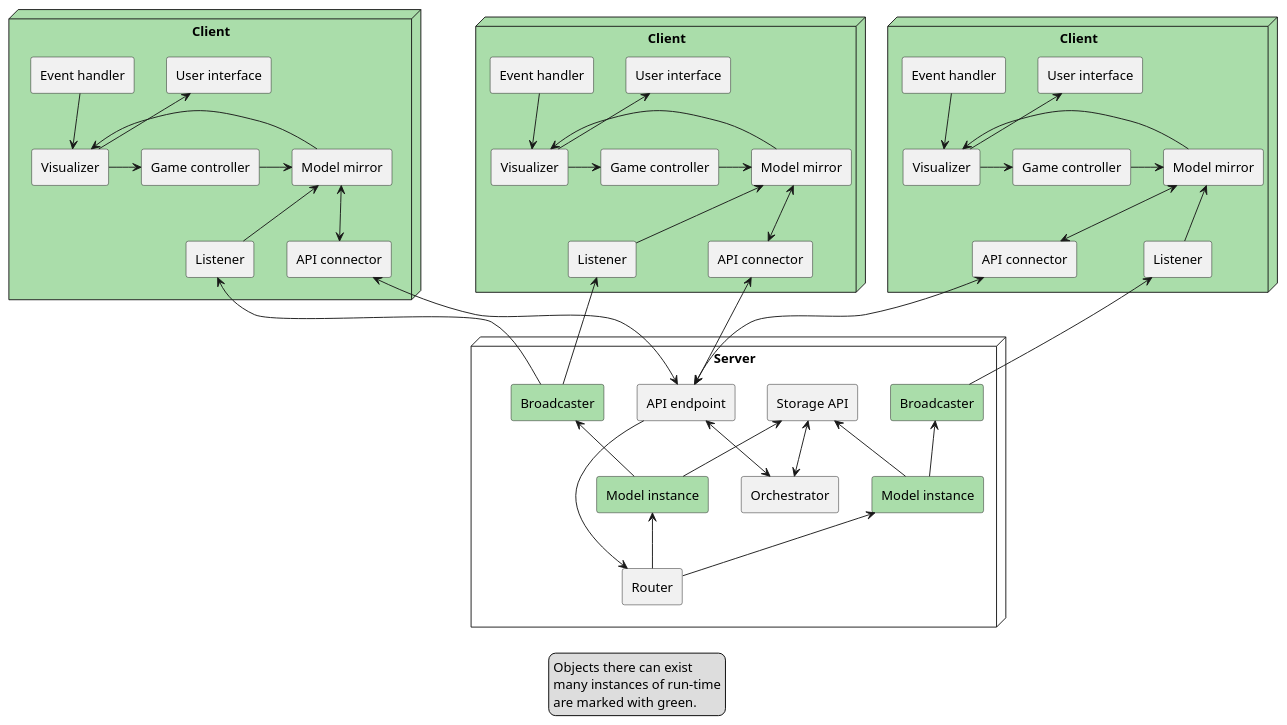
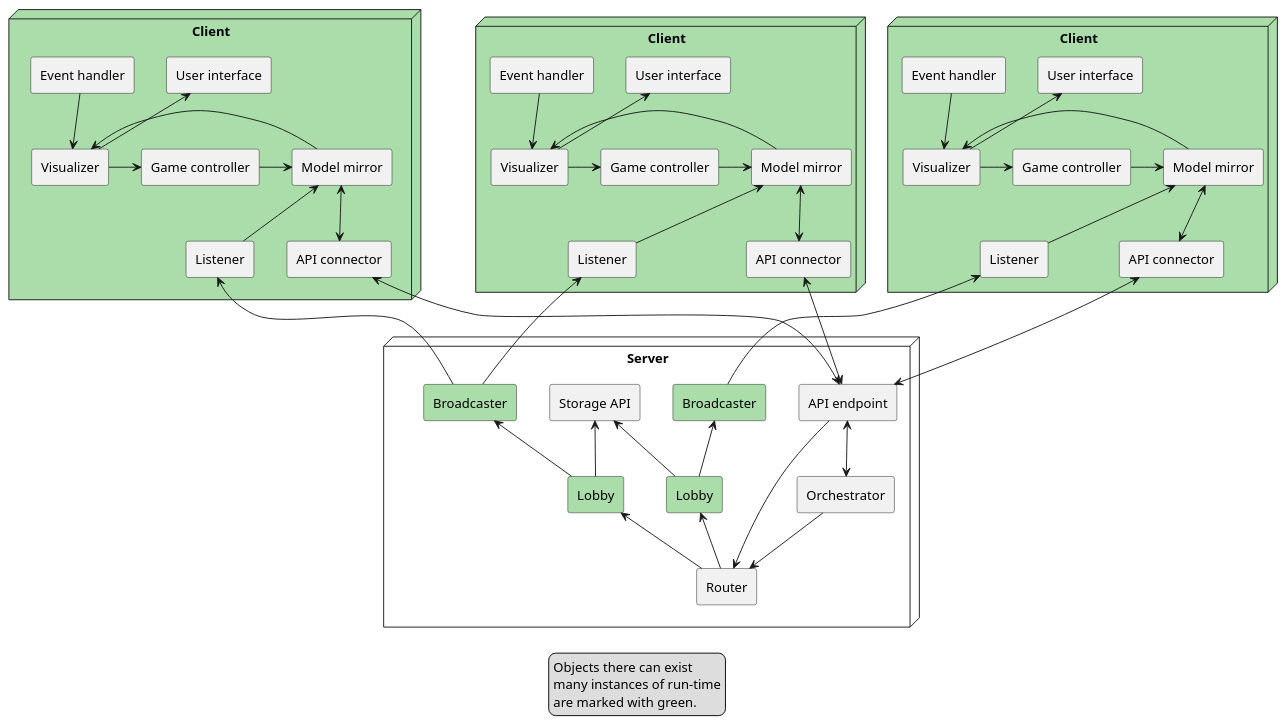
One commit to SWA-group-1/PlantUML changed the diagram in Process/Deployment/ConcurrencyAndInformation.puml. Above: the diagram before and after it, drawn with PlantUML. The commit also changed 1 other file, not shown here.

```diff
--- a/Process/Deployment/ConcurrencyAndInformation.puml
+++ b/Process/Deployment/ConcurrencyAndInformation.puml
@@ -1,100 +1,101 @@
 @startuml
 'https://plantuml.com/deployment-diagram
 
 legend
     Objects there can exist
     many instances of run-time
     are marked with green.
 end legend
 
 node "Client" as client_0 #ADA {
     agent "Game controller" as controller_0
     agent "Visualizer" as visualizer_0
     agent "Event handler" as event_0
     agent "User interface" as ui_0
     agent "Model mirror" as mirror_0
     agent "API connector" as connector_0
     agent "Listener" as listener_0
 
     event_0 -down-> visualizer_0
     visualizer_0 -up-> ui_0
     visualizer_0 -right-> controller_0
     controller_0 -right-> mirror_0
     mirror_0 -> visualizer_0
     mirror_0 <-down-> connector_0
     listener_0 -up-> mirror_0
 }
 
 node "Client" as client_1 #ADA {
     agent "Game controller" as controller_1
     agent "Visualizer" as visualizer_1
     agent "Event handler" as event_1
     agent "User interface" as ui_1
     agent "Model mirror" as mirror_1
     agent "API connector" as connector_1
     agent "Listener" as listener_1
 
     event_1 -down-> visualizer_1
     visualizer_1 -up-> ui_1
     visualizer_1 -right-> controller_1
     controller_1 -right-> mirror_1
     mirror_1 -> visualizer_1
     mirror_1 <-down-> connector_1
     listener_1 -up-> mirror_1
 }
 
 node "Client" as client_2 #ADA {
     agent "Game controller" as controller_2
     agent "Visualizer" as visualizer_2
     agent "Event handler" as event_2
     agent "User interface" as ui_2
     agent "Model mirror" as mirror_2
     agent "API connector" as connector_2
     agent "Listener" as listener_2
 
     event_2 -down-> visualizer_2
     visualizer_2 -up-> ui_2
     visualizer_2 -right-> controller_2
     controller_2 -right-> mirror_2
     mirror_2 -> visualizer_2
     mirror_2 <-down-> connector_2
     listener_2 -up-> mirror_2
 }
 
 node "Server" as server {
     agent "API endpoint" as endpoint
     agent "Broadcaster" as broadcaster_0 #ADA
     agent "Broadcaster" as broadcaster_1 #ADA
     agent "Storage API" as storage
-    agent "Model instance" as model_0 #ADA
-    agent "Model instance" as model_1 #ADA
+    agent "Lobby" as model_0 #ADA
+    agent "Lobby" as model_1 #ADA
     agent "Orchestrator" as orchestrator
     agent "Router" as router
 
     endpoint -[hidden]right- broadcaster_0
     broadcaster_0 -[hidden]right- broadcaster_1
     broadcaster_1 -[hidden]right- storage
     model_0 -up-> broadcaster_0
     model_0 -[hidden]right- model_1
     model_0 -up-> storage
     model_1 -up-> broadcaster_1
     model_1 -up-> storage
-    orchestrator <--> endpoint
-    orchestrator <-up-> storage
+    orchestrator <-up-> endpoint
+    'orchestrator <-up-> storage
     router <-up- endpoint
     router -up-> model_0
     router -up-> model_1
+    router <-up- orchestrator
 }
 
 client_1 -[hidden]down- server
 
 endpoint <-up-> connector_0
 endpoint <-up-> connector_1
 endpoint <-up-> connector_2
 
 broadcaster_0 -up-> listener_0
 broadcaster_1 -up-> listener_1
 broadcaster_1 -[hidden]up-> listener_1
 broadcaster_1 -up-> listener_2
 
 @enduml
```
